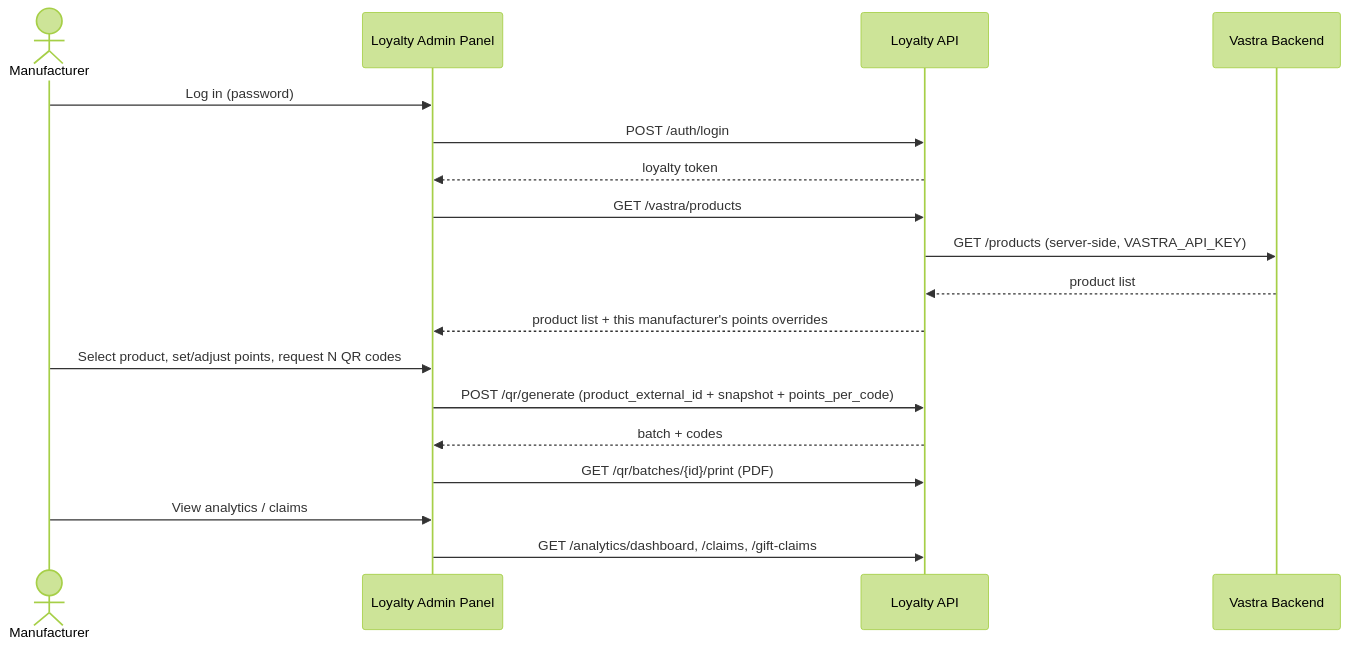
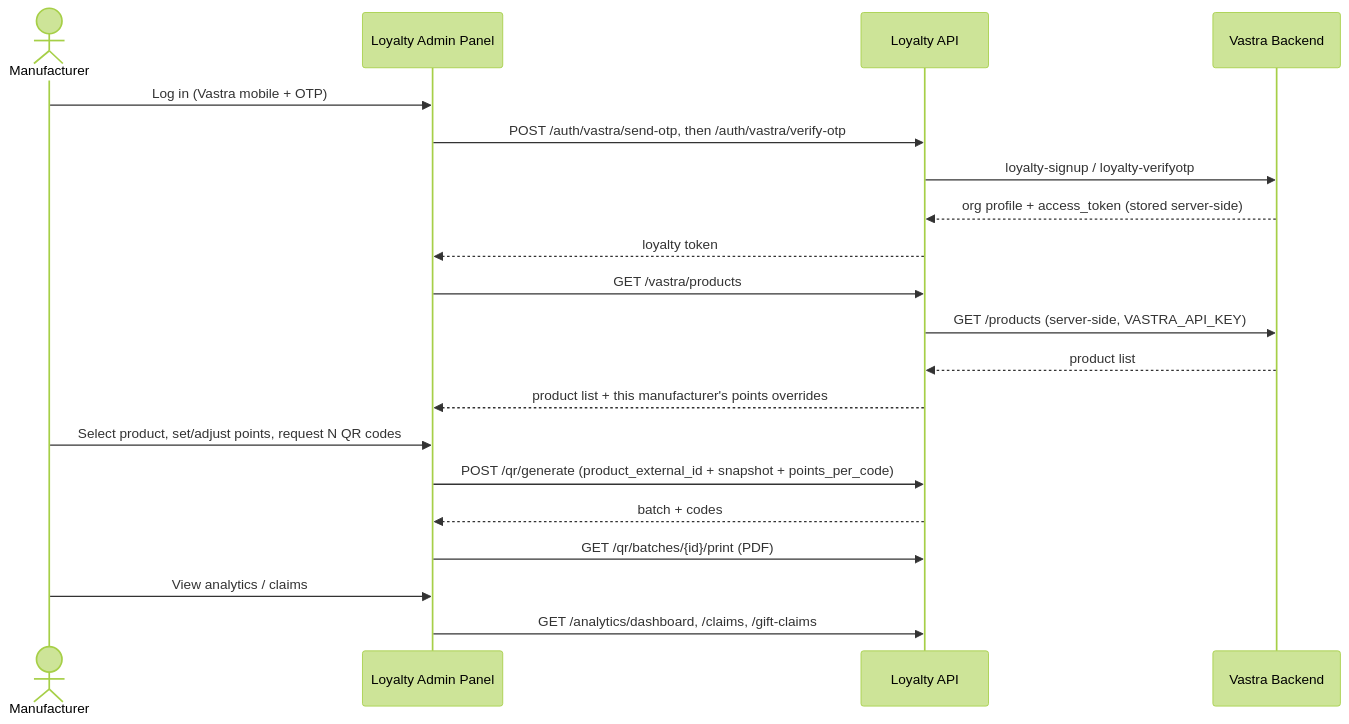
The second of 5 diagrams in docs/integration/SYSTEM_ARCHITECTURE.md (vasraj273/Vastra-Loyalty-Program), drawn with Mermaid (forest theme) before and after one commit. The commit also changed other lines of this file and 17 other files, not shown here.

````diff
--- a/docs/integration/SYSTEM_ARCHITECTURE.md
+++ b/docs/integration/SYSTEM_ARCHITECTURE.md
@@ -96,20 +99,22 @@
 ```mermaid
 sequenceDiagram
   actor M as Manufacturer
   participant P as Loyalty Admin Panel
   participant L as Loyalty API
   participant VB as Vastra Backend
-  M->>P: Log in (password)
-  P->>L: POST /auth/login
+  M->>P: Log in (Vastra mobile + OTP)
+  P->>L: POST /auth/vastra/send-otp, then /auth/vastra/verify-otp
+  L->>VB: loyalty-signup / loyalty-verifyotp
+  VB-->>L: org profile + access_token (stored server-side)
   L-->>P: loyalty token
   P->>L: GET /vastra/products
   L->>VB: GET /products (server-side, VASTRA_API_KEY)
   VB-->>L: product list
   L-->>P: product list + this manufacturer's points overrides
   M->>P: Select product, set/adjust points, request N QR codes
   P->>L: POST /qr/generate (product_external_id + snapshot + points_per_code)
   L-->>P: batch + codes
   P->>L: GET /qr/batches/{id}/print (PDF)
   M->>P: View analytics / claims
   P->>L: GET /analytics/dashboard, /claims, /gift-claims
 ```
````
